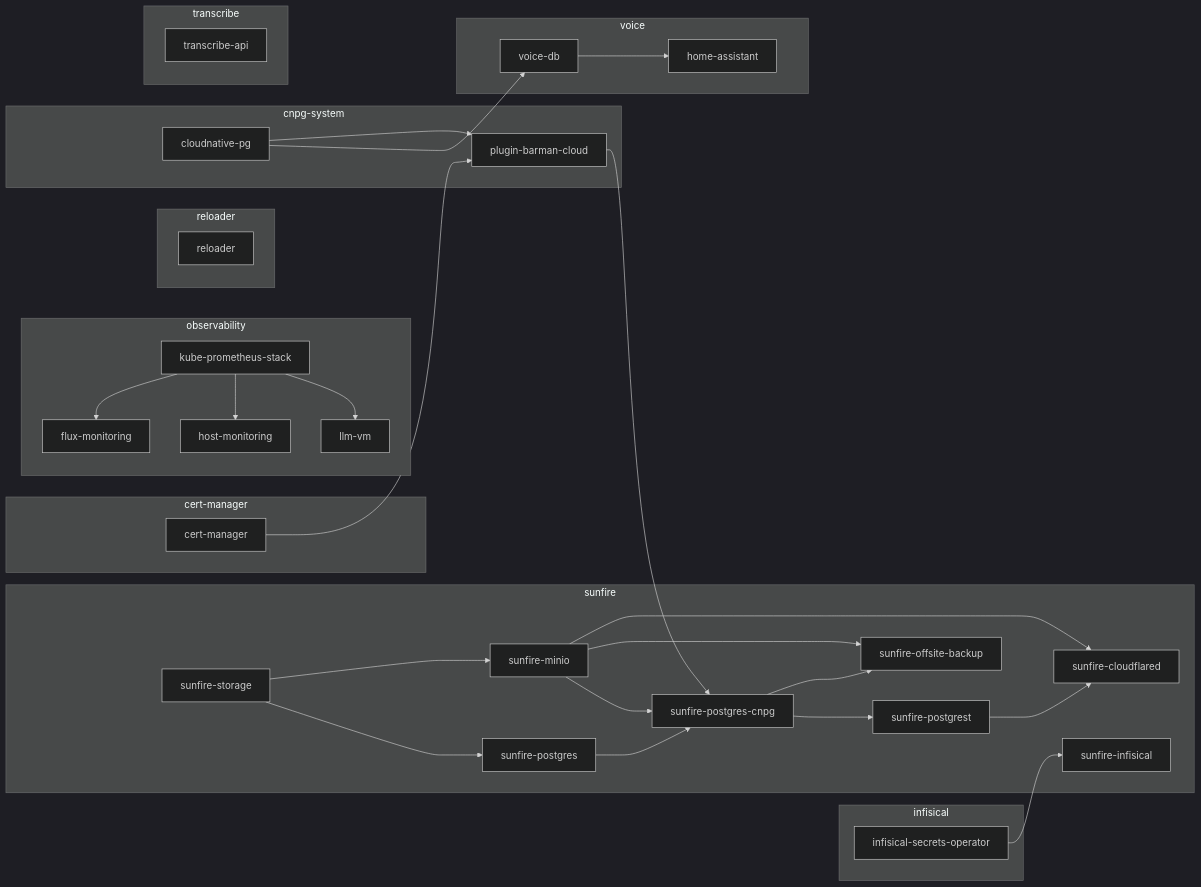
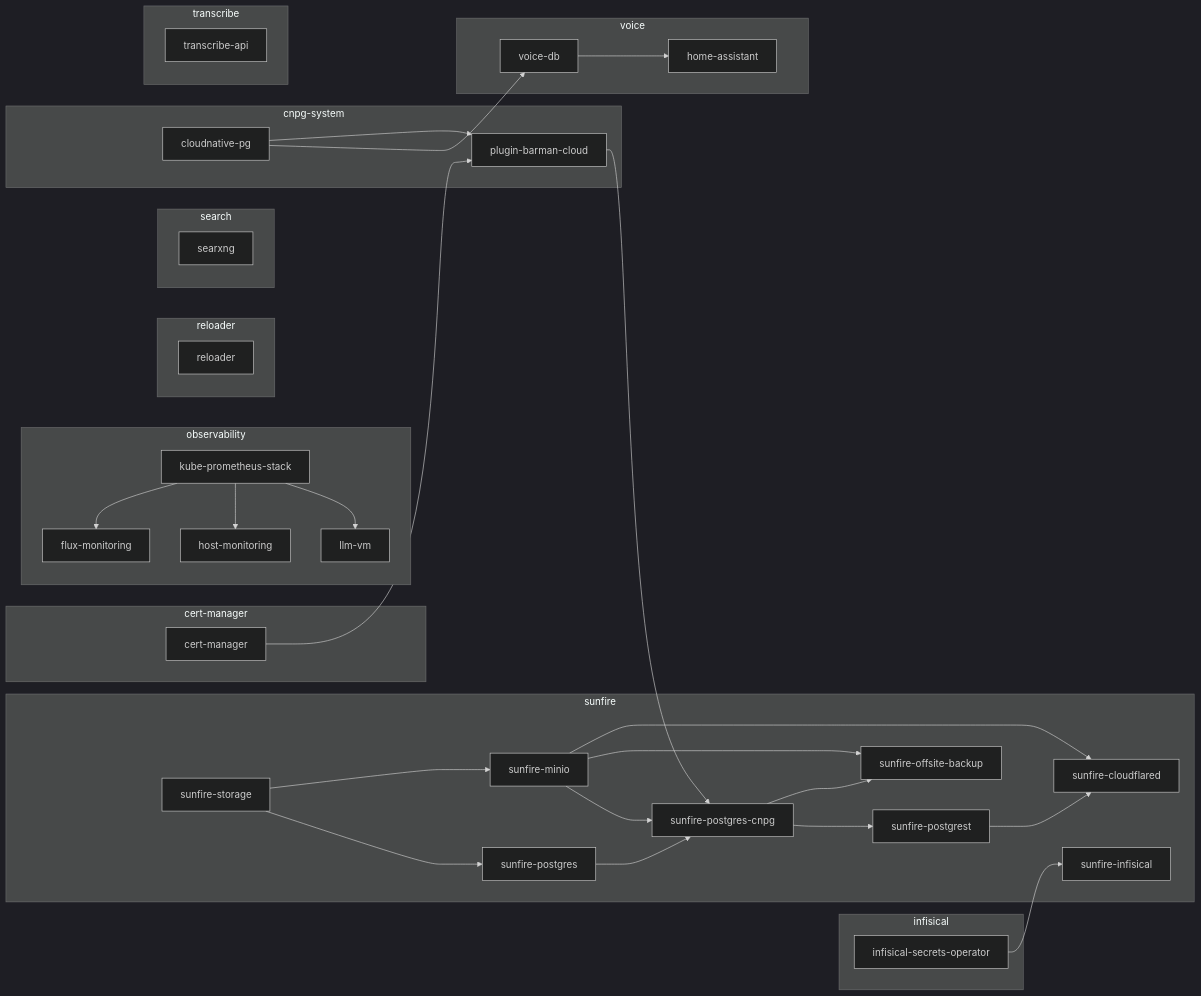
One commit to lambo-n/homelab changed the second of 2 diagrams in README.md. Above: the diagram before and after it, drawn with Mermaid (dark theme). The commit also changed other lines of this file and 12 other files, not shown here.

````diff
--- a/README.md
+++ b/README.md
@@ -509,57 +512,60 @@
 ```mermaid
 flowchart LR
   subgraph ns_cert_manager["cert-manager"]
     cert_manager["cert-manager"]
   end
   subgraph ns_cnpg_system["cnpg-system"]
     cloudnative_pg["cloudnative-pg"]
     plugin_barman_cloud["plugin-barman-cloud"]
   end
   subgraph ns_infisical["infisical"]
     infisical_secrets_operator["infisical-secrets-operator"]
   end
   subgraph ns_observability["observability"]
     flux_monitoring["flux-monitoring"]
     host_monitoring["host-monitoring"]
     kube_prometheus_stack["kube-prometheus-stack"]
     llm_vm["llm-vm"]
   end
   subgraph ns_reloader["reloader"]
     reloader["reloader"]
+  end
+  subgraph ns_search["search"]
+    searxng["searxng"]
   end
   subgraph ns_sunfire["sunfire"]
     sunfire_cloudflared["sunfire-cloudflared"]
     sunfire_infisical["sunfire-infisical"]
     sunfire_minio["sunfire-minio"]
     sunfire_offsite_backup["sunfire-offsite-backup"]
     sunfire_postgres["sunfire-postgres"]
     sunfire_postgres_cnpg["sunfire-postgres-cnpg"]
     sunfire_postgrest["sunfire-postgrest"]
     sunfire_storage["sunfire-storage"]
   end
   subgraph ns_transcribe["transcribe"]
     transcribe_api["transcribe-api"]
   end
   subgraph ns_voice["voice"]
     home_assistant["home-assistant"]
     voice_db["voice-db"]
   end
   kube_prometheus_stack --> flux_monitoring
   voice_db --> home_assistant
   kube_prometheus_stack --> host_monitoring
   kube_prometheus_stack --> llm_vm
   cert_manager --> plugin_barman_cloud
   cloudnative_pg --> plugin_barman_cloud
   sunfire_minio --> sunfire_cloudflared
   sunfire_postgrest --> sunfire_cloudflared
   infisical_secrets_operator --> sunfire_infisical
   sunfire_storage --> sunfire_minio
   sunfire_minio --> sunfire_offsite_backup
   sunfire_postgres_cnpg --> sunfire_offsite_backup
   sunfire_storage --> sunfire_postgres
   plugin_barman_cloud --> sunfire_postgres_cnpg
   sunfire_minio --> sunfire_postgres_cnpg
   sunfire_postgres --> sunfire_postgres_cnpg
   sunfire_postgres_cnpg --> sunfire_postgrest
   cloudnative_pg --> voice_db
 ```
````
